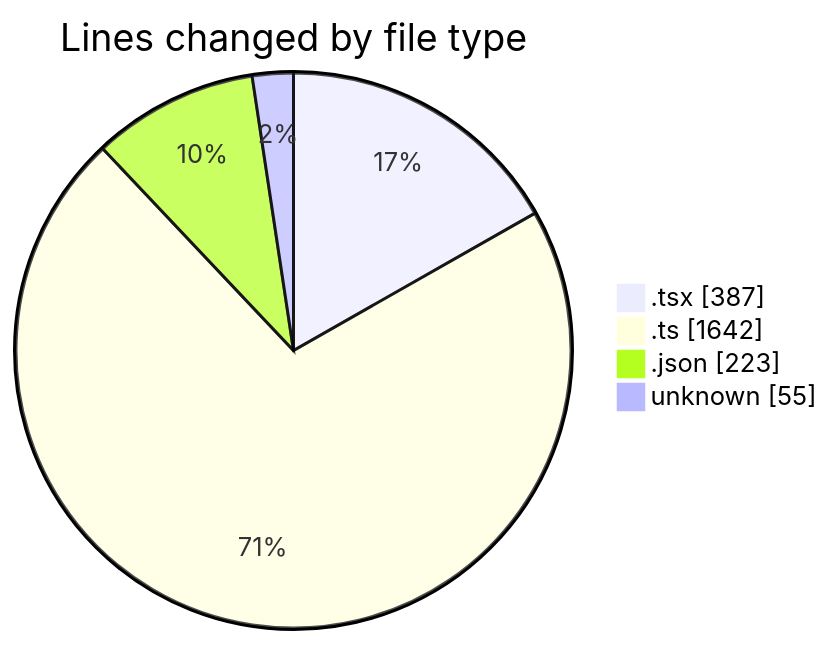
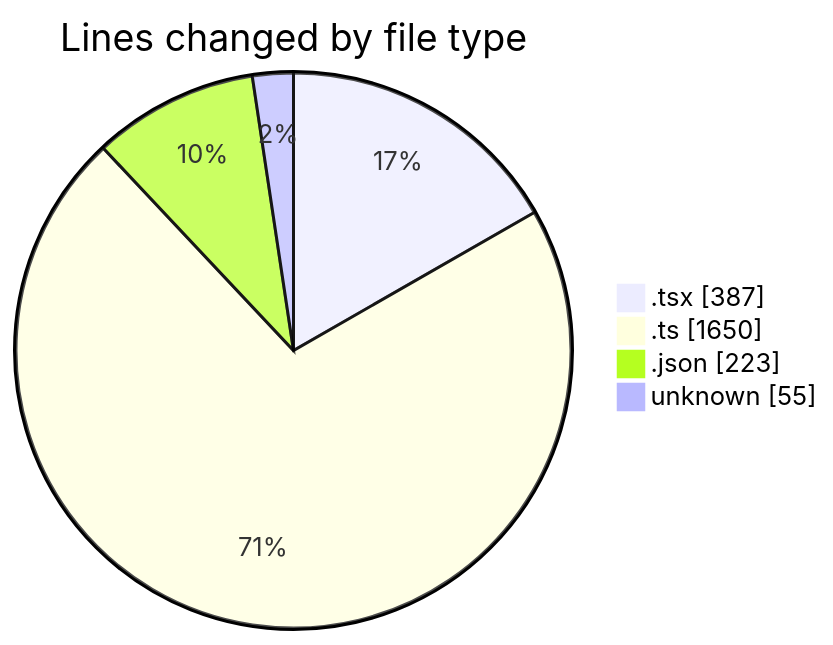
One commit to momahboobian/code-tracking changed the first of 2 diagrams in 2025-10-21/cda/README.md. Above: the diagram before and after it, drawn with Mermaid. The commit also changed other lines of this file and 1 other file, not shown here.

````diff
--- a/2025-10-21/cda/README.md
+++ b/2025-10-21/cda/README.md
@@ -30,8 +30,8 @@
 ```mermaid
 pie showData
 title Lines changed by file type
 ".tsx" : 387
-".ts" : 1642
+".ts" : 1650
 ".json" : 223
 "unknown" : 55
 ```
````
